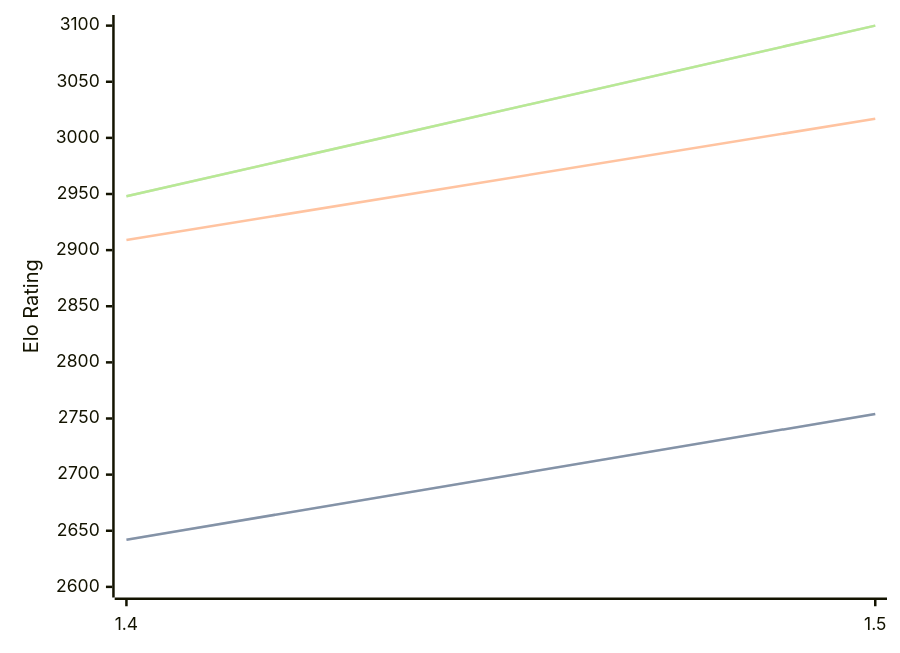
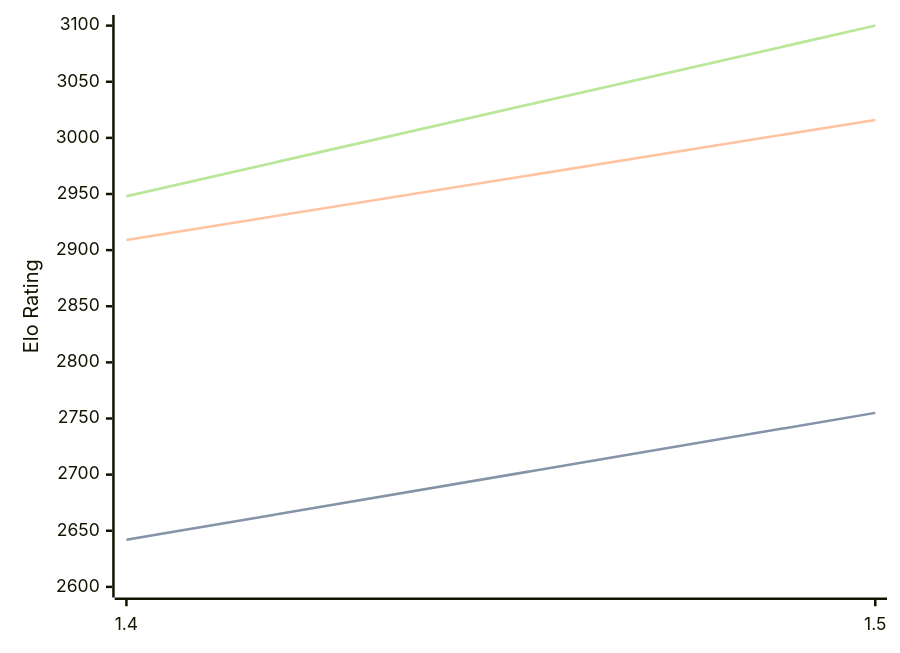
The diagram in engines/Yakka.md (computer-chess-index/cci), drawn with Mermaid before and after one commit. The commit also changed other lines of this file, not shown here.

````diff
--- a/engines/Yakka.md
+++ b/engines/Yakka.md
@@ -36,11 +36,11 @@
 ```mermaid
 %%{init: {"theme":"base","themeVariables":{"seriesColors:['#a3a3a3','#222221','#faa371']}}}%%
 xychart-beta
   x-axis ["1.4", "1.5"]
   y-axis "Elo Rating" 2600 --> 3100
-  line "STC (8.0+0.08s)" [2642, 2754]
-  line "STC (8.0+0.08s)" [2642, 2754]
-  line "LTC (60.0+0.60s)" [2909, 3017]
+  line "STC (8.0+0.08s)" [2642, 2755]
+  line "STC (8.0+0.08s)" [2642, 2755]
+  line "LTC (60.0+0.60s)" [2909, 3016]
   line "VLTC (2m24s+1.12s)" [2948, 3100]
   line "VLTC (2m24s+1.12s)" [2948, 3100]
 ```
````
